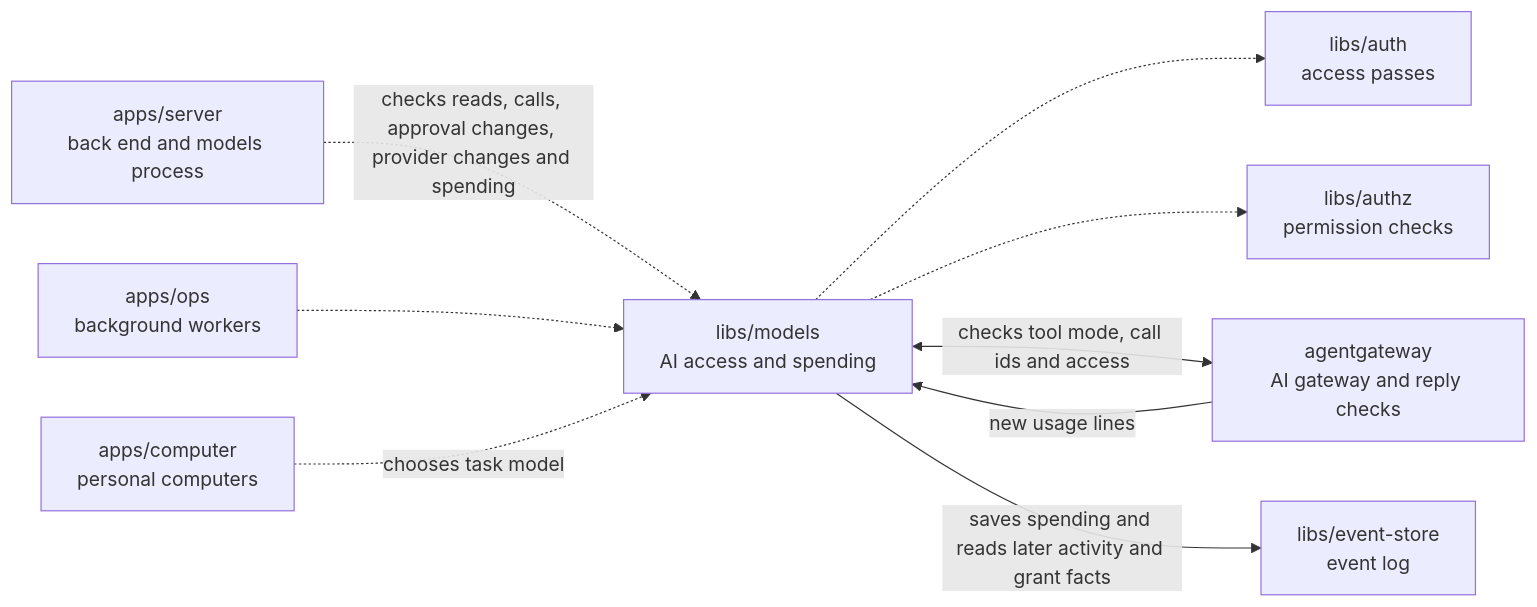
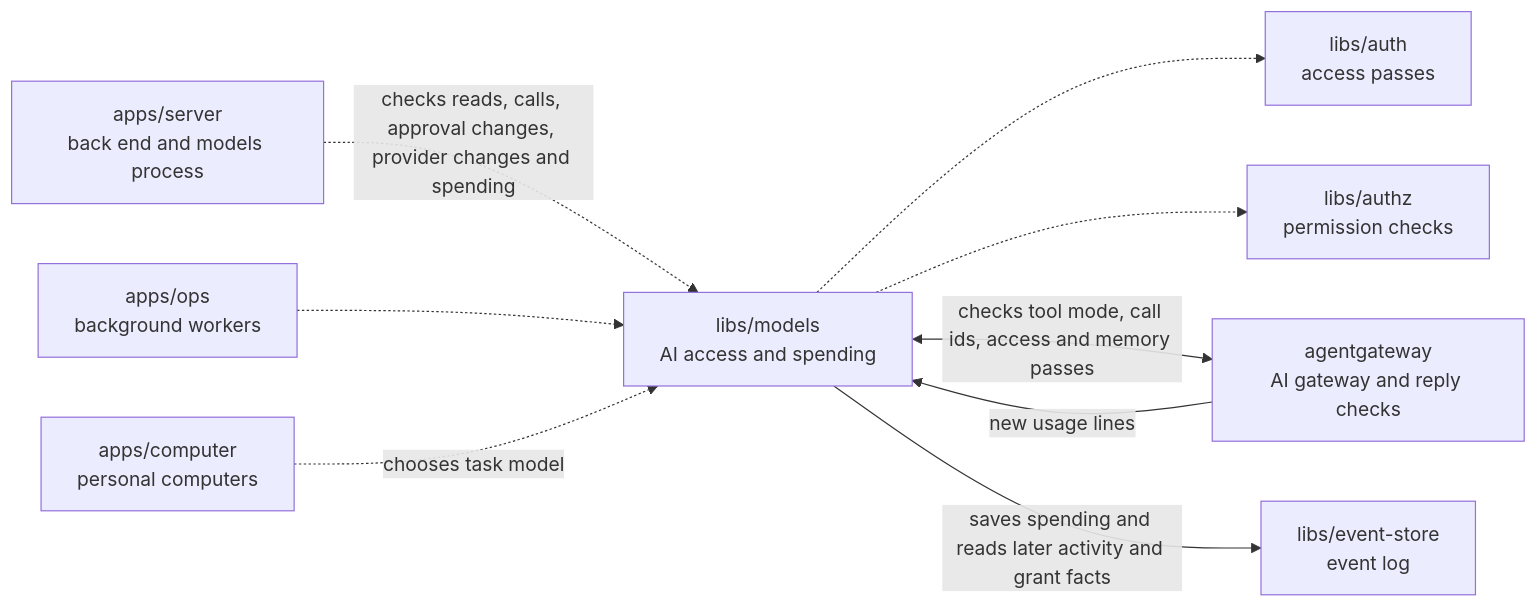
One commit to elewa-git/opencrane-new changed the diagram in libs/models/README.md. Above: the diagram before and after it, drawn with Mermaid. The commit also changed other lines of this file and 22 other files, not shown here.

Commit message:
🧠 Govern personal memory recall through the AI gateway

````diff
--- a/libs/models/README.md
+++ b/libs/models/README.md
@@ -11,11 +11,11 @@
 ```mermaid
 flowchart LR
   server["apps/server<br/>back end and models process"] -.->|checks reads, calls, approval changes, provider changes and spending| models["libs/models<br/>AI access and spending"]
   ops["apps/ops<br/>background workers"] -.-> models
   computer["apps/computer<br/>personal computers"] -.->|chooses task model| models
   models -.-> auth["libs/auth<br/>access passes"]
   models -.-> authz["libs/authz<br/>permission checks"]
-  models <-->|checks tool mode, call ids and access| gateway["agentgateway<br/>AI gateway and reply checks"]
+  models <-->|checks tool mode, call ids, access and memory passes| gateway["agentgateway<br/>AI gateway and reply checks"]
   gateway -->|new usage lines| models
   models -->|saves spending and reads later activity and grant facts| store["libs/event-store<br/>event log"]
 ```
````
